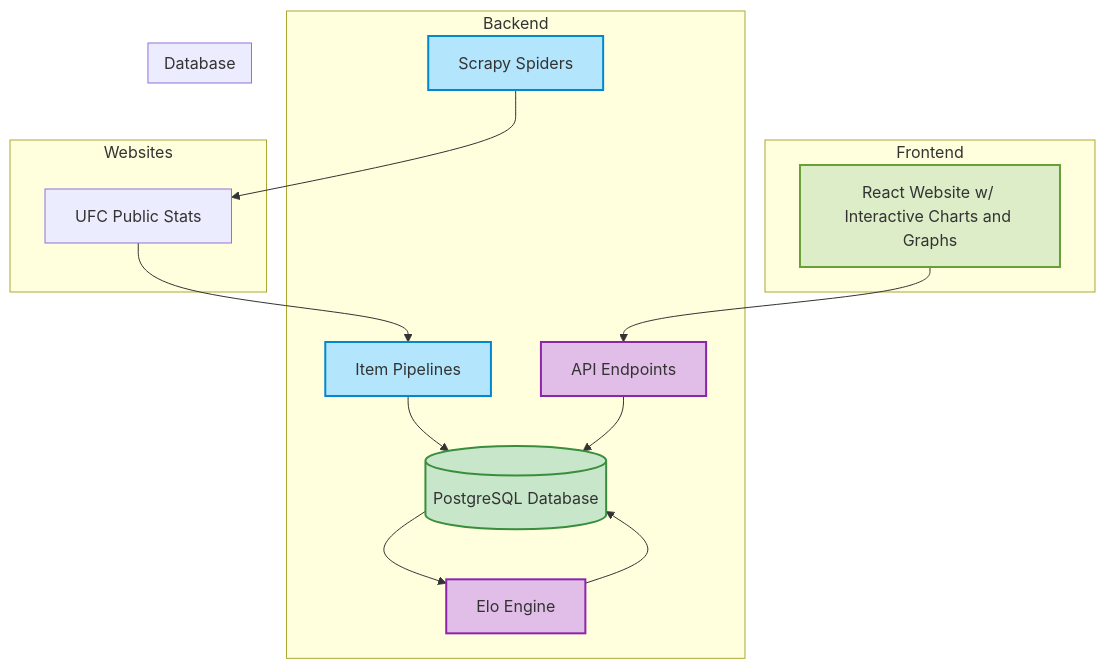
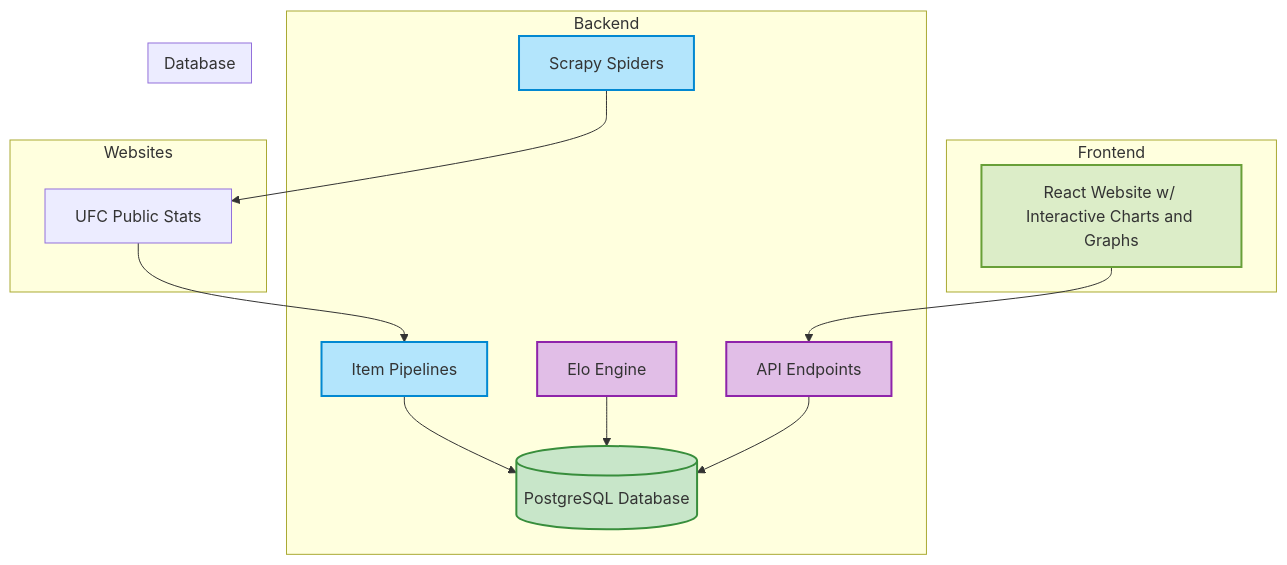
One commit to alpinedev51/mma-elo-engine-py changed the diagram in README.md. Above: the diagram before and after it, drawn with Mermaid.

````diff
--- a/README.md
+++ b/README.md
@@ -52,41 +52,41 @@
 ```mermaid
 flowchart TD
 
     subgraph Websites
         W1[UFC Public Stats]
     end
 
     subgraph Backend
         A1[Scrapy Spiders] --> W1
         W1 --> A2[Item Pipelines]
         A2 --> B1
         A3[Elo Engine] --> B1
         A4[API Endpoints] --> B1
         click A1 "Scrapy Spiders regularly crawl MMA websites for fighter data."
         click A2 "Pipelines process and store the fighter data into the database."
         click A3 "Elo engine processes data in database and updates Elo scores."
         click A4 "APIs provide access to database via CRUD operations."
     end
 
     subgraph Database
-        B1[(PostgreSQL Database)] --> A3
+        B1[(PostgreSQL Database)]
         click B1 "PostgreSQL database stores and handles fighter data and Elo scores."
     end
 
     subgraph Frontend
         E1[React Website w/ Interactive Charts and Graphs] --> A4
         click E1 "Provides UI for interacting with Backend API."
         click E1 "Data is displayed in a React-based frontend."
     end
 
     classDef blue fill:#B3E5FC,stroke:#0288D1,stroke-width:2px;
     classDef green fill:#C8E6C9,stroke:#388E3C,stroke-width:2px;
     classDef orange fill:#FFE0B2,stroke:#F57C00,stroke-width:2px;
     classDef purple fill:#E1BEE7,stroke:#8E24AA,stroke-width:2px;
     classDef lightgreen fill:#DCEDC8,stroke:#689F38,stroke-width:2px;
 
     class A1,A2 blue;
     class B1 green;
     class A3,A4 purple;
     class E1 lightgreen;
 ```
````
